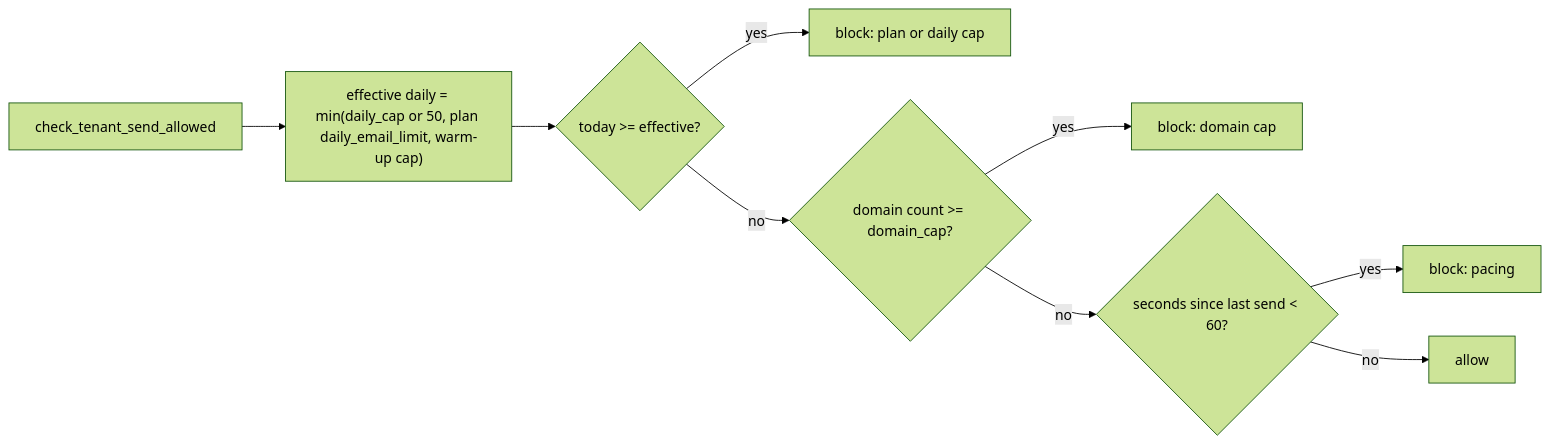
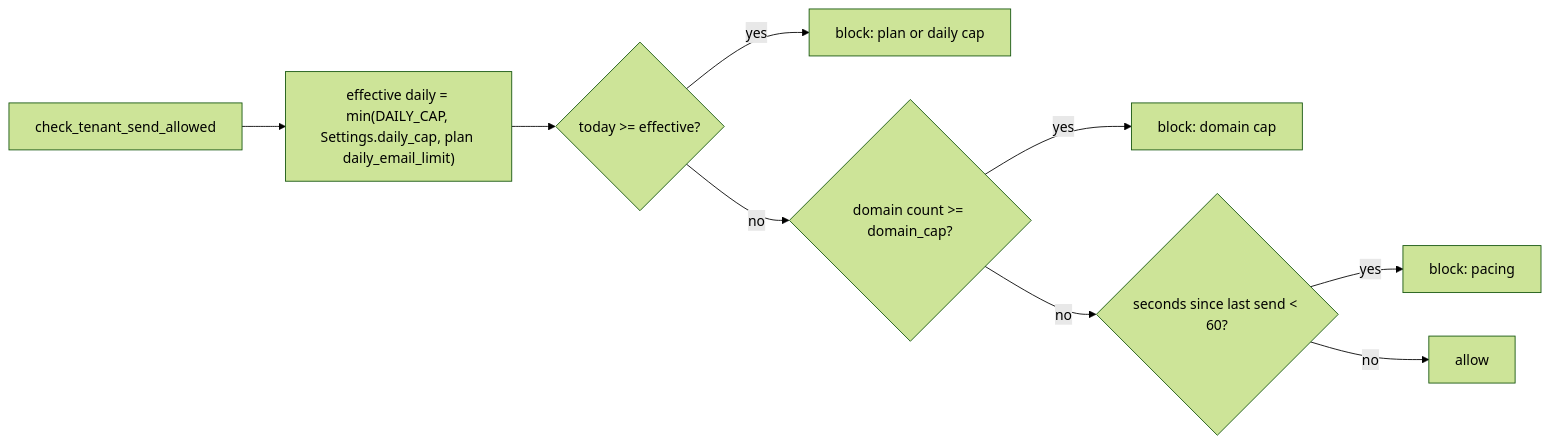
The seventh of 11 diagrams in docs/BACKEND_FLOWS.md (SurbhiMishra28/Email-Orchestrator-Agent), drawn with Mermaid (forest theme) before and after one commit. The commit also changed 4 other files, not shown here.

````diff
--- a/docs/BACKEND_FLOWS.md
+++ b/docs/BACKEND_FLOWS.md
@@ -233,11 +233,11 @@
 ```mermaid
 flowchart LR
-    A[check_tenant_send_allowed] --> B["effective daily = min(daily_cap or 50, plan daily_email_limit, warm-up cap)"]
+    A[check_tenant_send_allowed] --> B["effective daily = min(DAILY_CAP, Settings.daily_cap, plan daily_email_limit)"]
     B --> C{today >= effective?}
     C -- yes --> D[block: plan or daily cap]
     C -- no --> E{domain count >= domain_cap?}
     E -- yes --> F[block: domain cap]
     E -- no --> G{seconds since last send < 60?}
     G -- yes --> H[block: pacing]
     G -- no --> I[allow]
 ```
````
